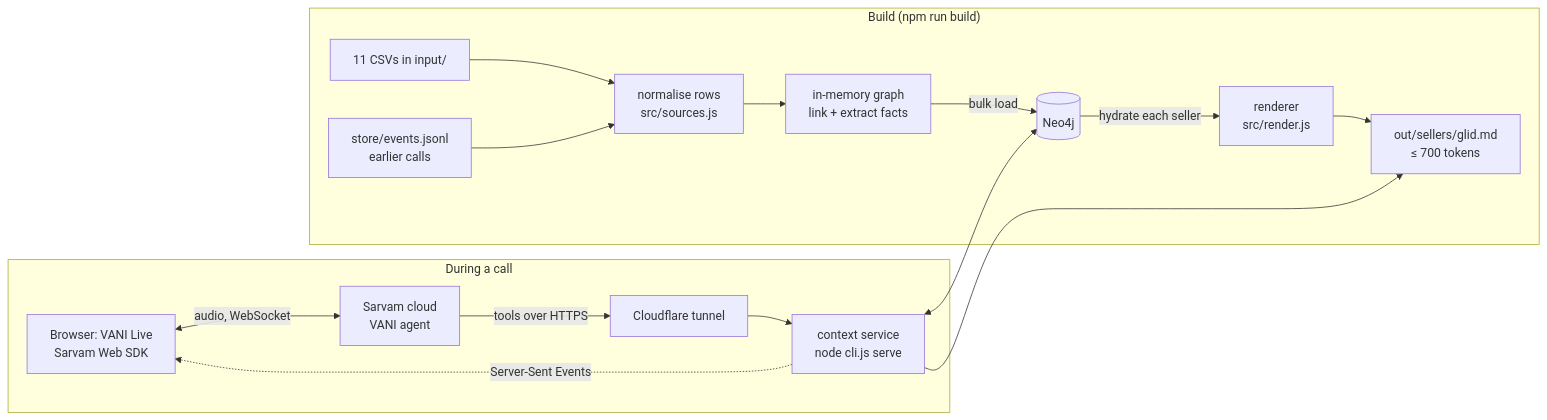
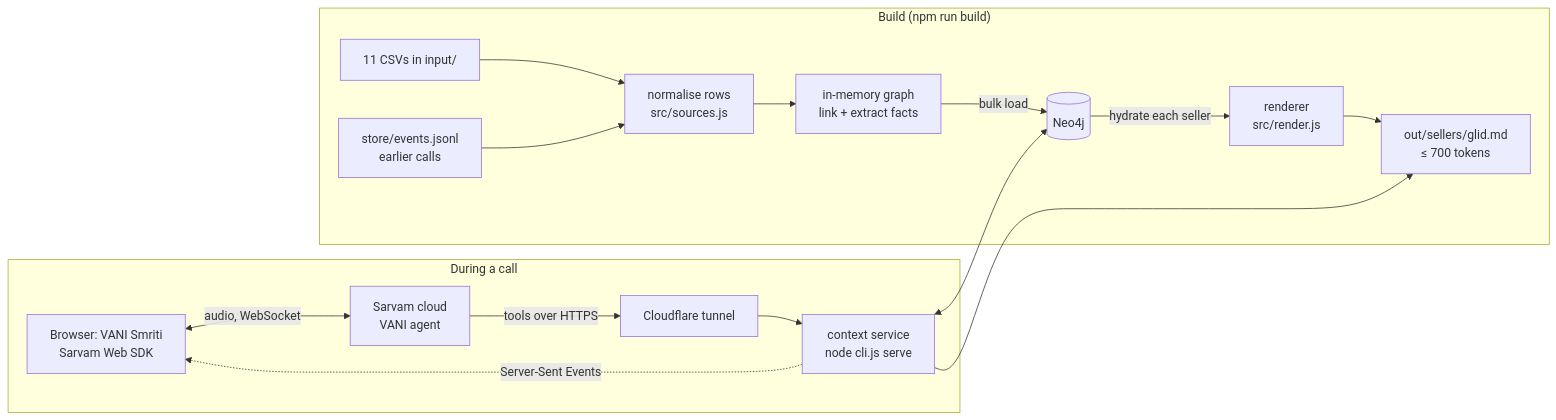
The diagram in README.md (paranjay-im/Vani-Smriti), drawn with Mermaid before and after one commit. The commit also changed other lines of this file and 3 other files, not shown here.

Commit message:
Update README and HTML files to reflect the new name "VANI Smriti"; adjust server routes and event logs accordingly

````diff
--- a/README.md
+++ b/README.md
@@ -116,19 +118,19 @@
 ```mermaid
 flowchart LR
   subgraph Offline["Build (npm run build)"]
     CSV[11 CSVs in input/] --> NORM[normalise rows<br/>src/sources.js]
     LOG[store/events.jsonl<br/>earlier calls] --> NORM
     NORM --> MEM[in-memory graph<br/>link + extract facts]
     MEM -->|bulk load| NEO[(Neo4j)]
     NEO -->|hydrate each seller| REN[renderer<br/>src/render.js]
     REN --> MD[out/sellers/glid.md<br/>≤ 700 tokens]
   end
   subgraph Live["During a call"]
-    BR[Browser: VANI Live<br/>Sarvam Web SDK] <-->|audio, WebSocket| SV[Sarvam cloud<br/>VANI agent]
+    BR[Browser: VANI Smriti<br/>Sarvam Web SDK] <-->|audio, WebSocket| SV[Sarvam cloud<br/>VANI agent]
     SV -->|tools over HTTPS| TUN[Cloudflare tunnel]
     TUN --> SRV[context service<br/>node cli.js serve]
     SRV <--> NEO
     SRV --> MD
     SRV -.->|Server-Sent Events| BR
   end
 ```
````
